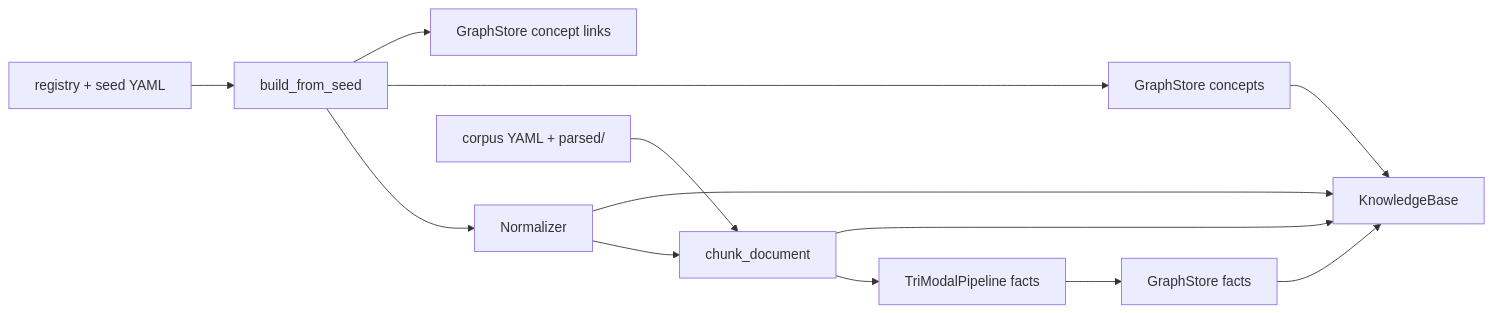
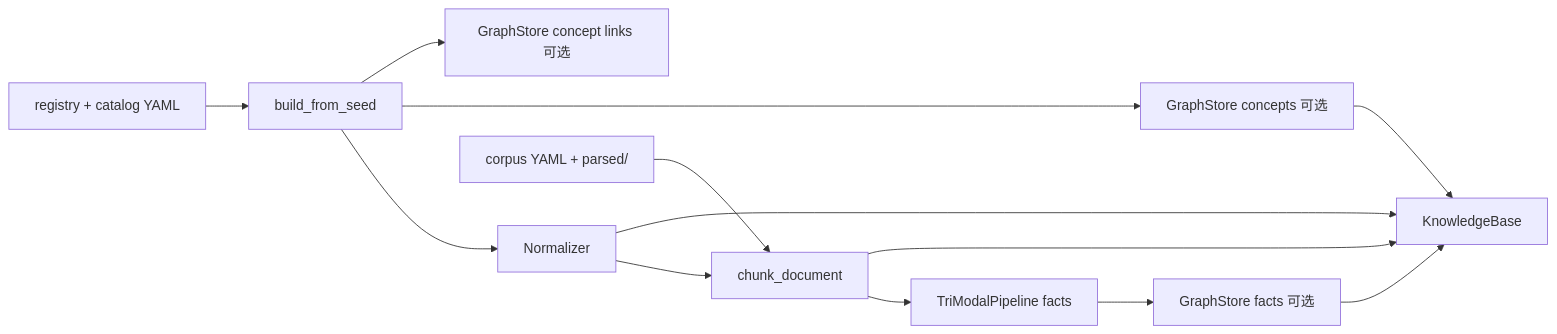
One commit to zhiweio/biomed-ontology changed the diagram in docs/architecture/pipeline.md. Above: the diagram before and after it, drawn with Mermaid. The commit also changed other lines of this file and 66 other files, not shown here.

````diff
--- a/docs/architecture/pipeline.md
+++ b/docs/architecture/pipeline.md
@@ -20,15 +40,15 @@
 ```mermaid
 flowchart LR
-  R[registry + seed YAML] --> B[build_from_seed]
+  R[registry + catalog YAML] --> B[build_from_seed]
   B --> N[Normalizer]
-  B --> G[GraphStore concepts]
-  B --> L[GraphStore concept links]
+  B --> G[GraphStore concepts 可选]
+  B --> L[GraphStore concept links 可选]
   C[corpus YAML + parsed/] --> CH[chunk_document]
   N --> CH
   CH --> F[TriModalPipeline facts]
-  F --> G2[GraphStore facts]
+  F --> G2[GraphStore facts 可选]
   N --> KB[KnowledgeBase]
   CH --> KB
   G --> KB
   G2 --> KB
 ```
````
